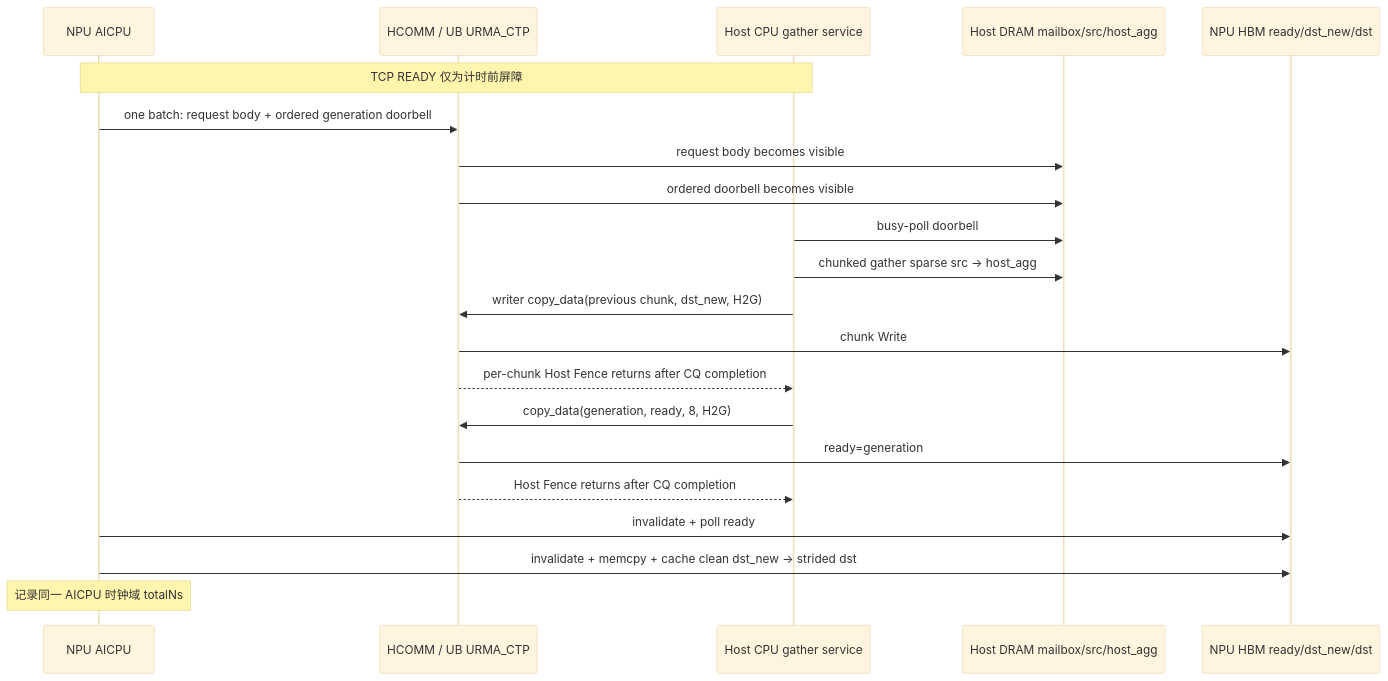
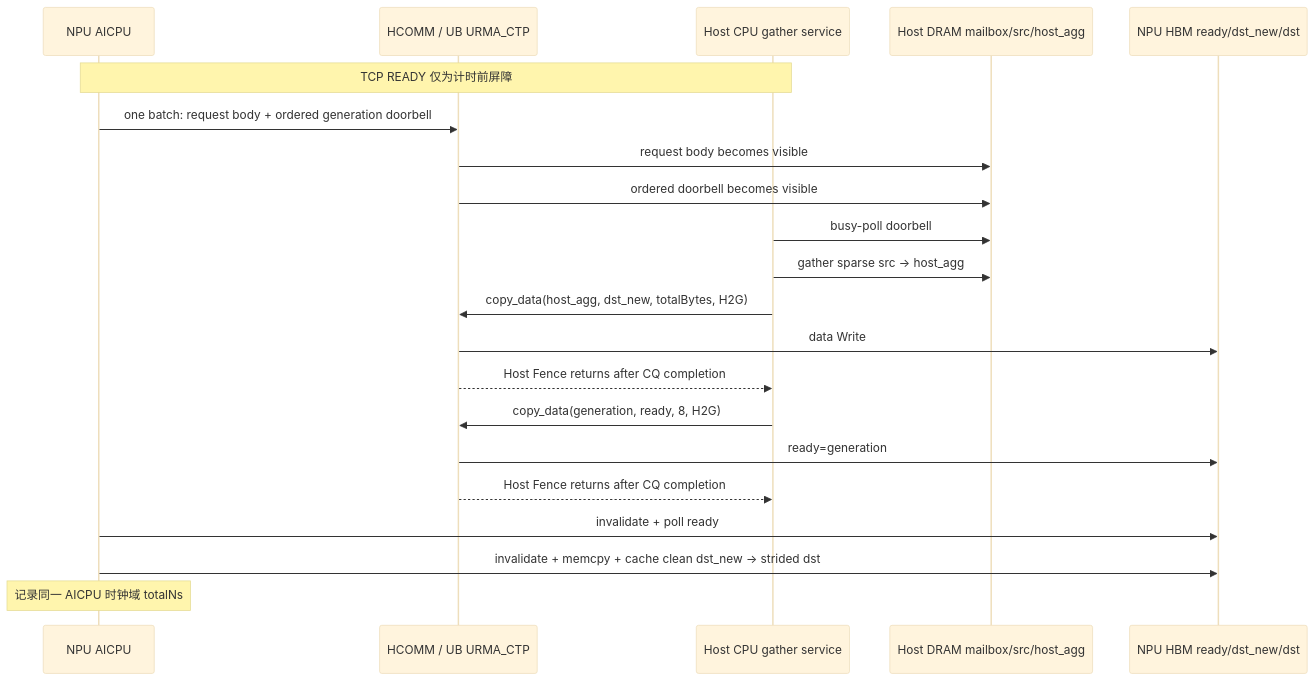
Before and after one commit to etru-177/memfabric_hybrid: the second of 2 diagrams in docs/host_aggregate_urma_ctp_scatter_demo_design.md, drawn with Mermaid (base theme). The commit also changed other lines of this file and 2 other files, not shown here.

Commit message:
refactor: remove host aggregate chunk pipeline

````diff
--- a/docs/host_aggregate_urma_ctp_scatter_demo_design.md
+++ b/docs/host_aggregate_urma_ctp_scatter_demo_design.md
@@ -157,24 +156,24 @@
 ```mermaid
 sequenceDiagram
     participant AI as NPU AICPU
     participant HU as HCOMM / UB URMA_CTP
     participant HC as Host CPU gather service
     participant HM as Host DRAM mailbox/src/host_agg
     participant NH as NPU HBM ready/dst_new/dst
 
     Note over AI,HC: TCP READY 仅为计时前屏障
     AI->>HU: one batch: request body + ordered generation doorbell
     HU->>HM: request body becomes visible
     HU->>HM: ordered doorbell becomes visible
     HC->>HM: busy-poll doorbell
-    HC->>HM: chunked gather sparse src -> host_agg
-    HC->>HU: writer copy_data(previous chunk, dst_new, H2G)
-    HU->>NH: chunk Write
-    HU-->>HC: per-chunk Host Fence returns after CQ completion
+    HC->>HM: gather sparse src -> host_agg
+    HC->>HU: copy_data(host_agg, dst_new, totalBytes, H2G)
+    HU->>NH: data Write
+    HU-->>HC: Host Fence returns after CQ completion
     HC->>HU: copy_data(generation, ready, 8, H2G)
     HU->>NH: ready=generation
     HU-->>HC: Host Fence returns after CQ completion
     AI->>NH: invalidate + poll ready
     AI->>NH: invalidate + memcpy + cache clean dst_new -> strided dst
     Note over AI: 记录同一 AICPU 时钟域 totalNs
 ```
````
